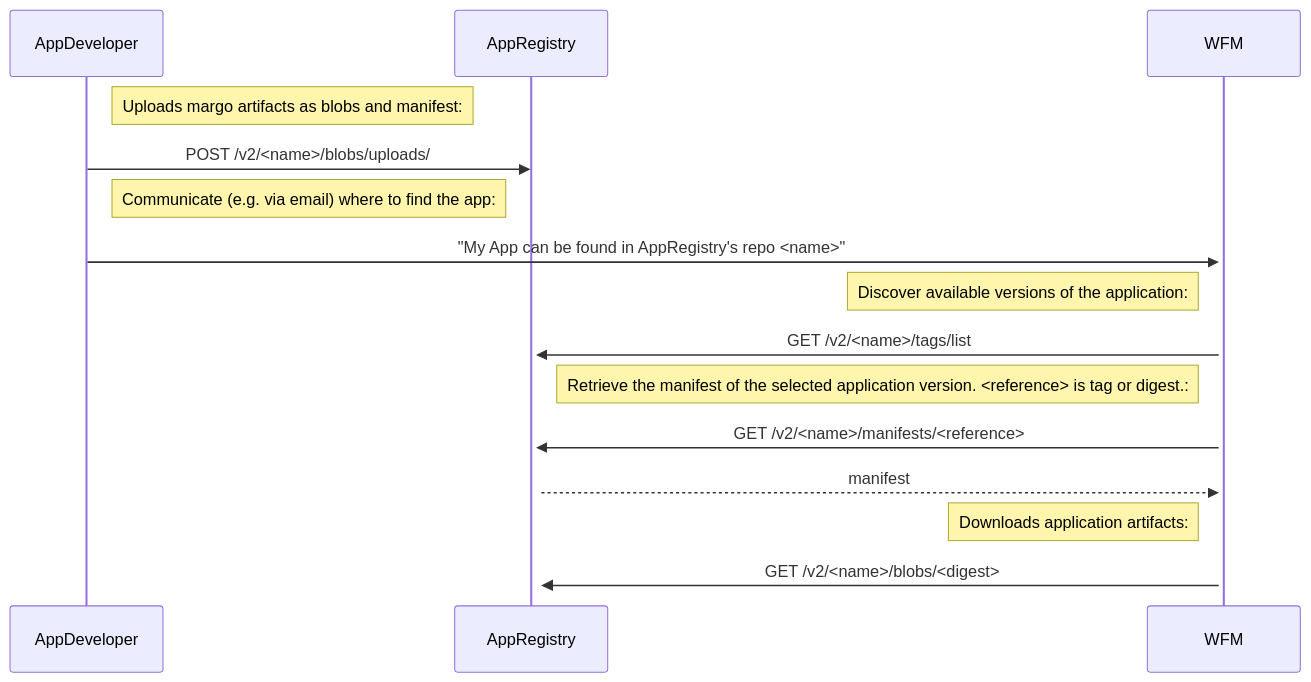
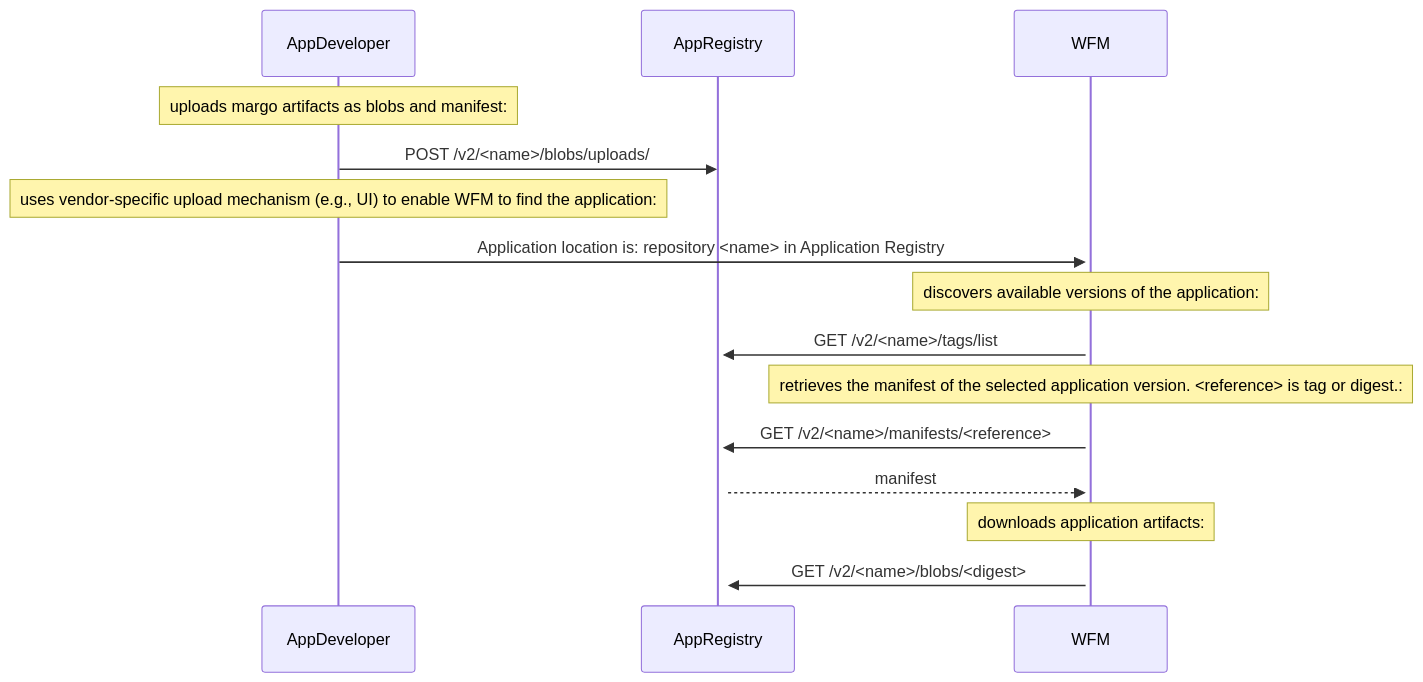
The third of 3 diagrams in proposals/sup_app_registry_as_oci.md (jjaswanson4/specification-enhancements), drawn with Mermaid before and after one commit. The commit also changed other lines of this file, not shown here.

````diff
--- a/proposals/sup_app_registry_as_oci.md
+++ b/proposals/sup_app_registry_as_oci.md
@@ -111,21 +116,21 @@
 ```mermaid
 sequenceDiagram
 
-    Note right of AppDeveloper: Uploads margo artifacts as blobs and manifest:
+    Note over AppDeveloper: uploads margo artifacts as blobs and manifest:
     AppDeveloper->>AppRegistry: POST /v2/<name>/blobs/uploads/
 
 
-    Note right of AppDeveloper: Communicate (e.g. via email) where to find the app:
-    AppDeveloper->>+WFM: "My App can be found in AppRegistry's repo <name>"
+    Note over AppDeveloper: uses vendor-specific upload mechanism (e.g., UI) to enable WFM to find the application:
+    AppDeveloper->>+WFM: Application location is: repository <name> in Application Registry
     
-    Note left of WFM: Discover available versions of the application:
+    Note over WFM: discovers available versions of the application:
     WFM->>+AppRegistry: GET /v2/<name>/tags/list
     
-    Note left of WFM: Retrieve the manifest of the selected application version. <reference> is tag or digest.:
+    Note over WFM: retrieves the manifest of the selected application version. <reference> is tag or digest.:
     WFM->>+AppRegistry: GET /v2/<name>/manifests/<reference>
     
     AppRegistry-->>+WFM: manifest
 
-    Note left of WFM: Downloads application artifacts:
+    Note over WFM: downloads application artifacts:
     WFM->>AppRegistry: GET /v2/<name>/blobs/<digest>
 ```
````
